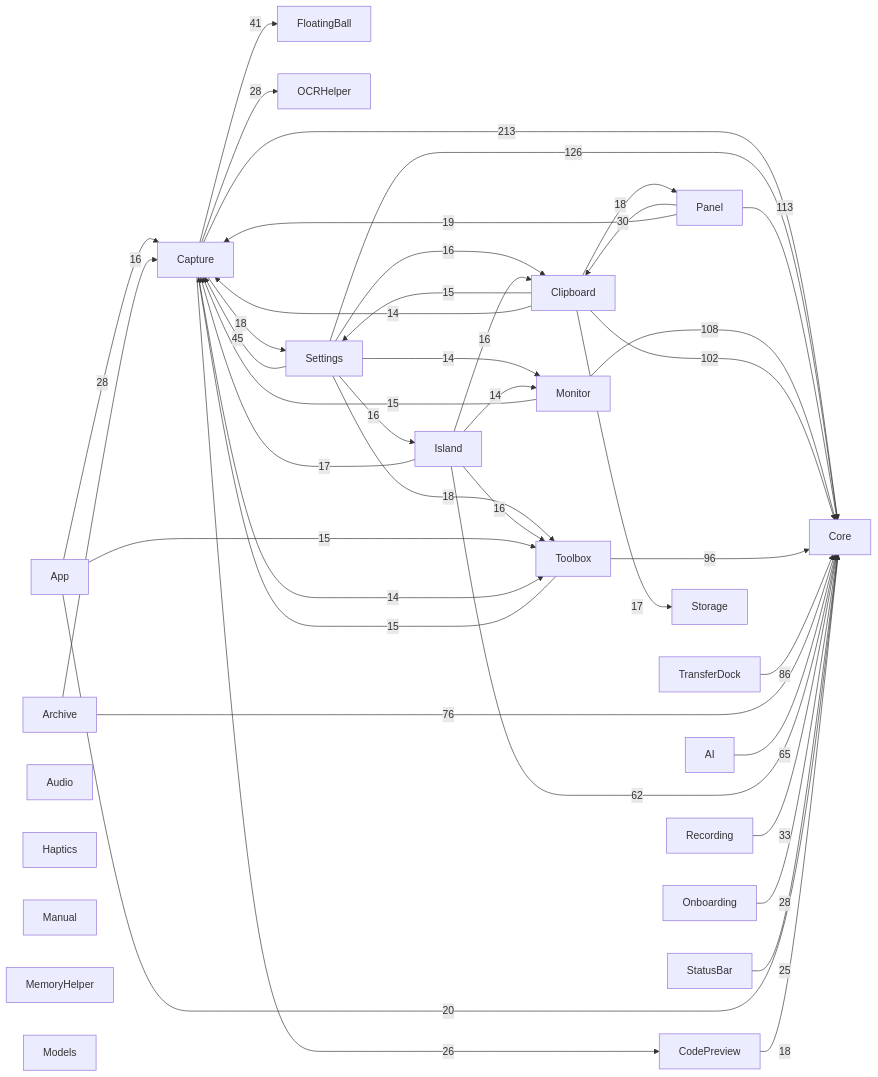
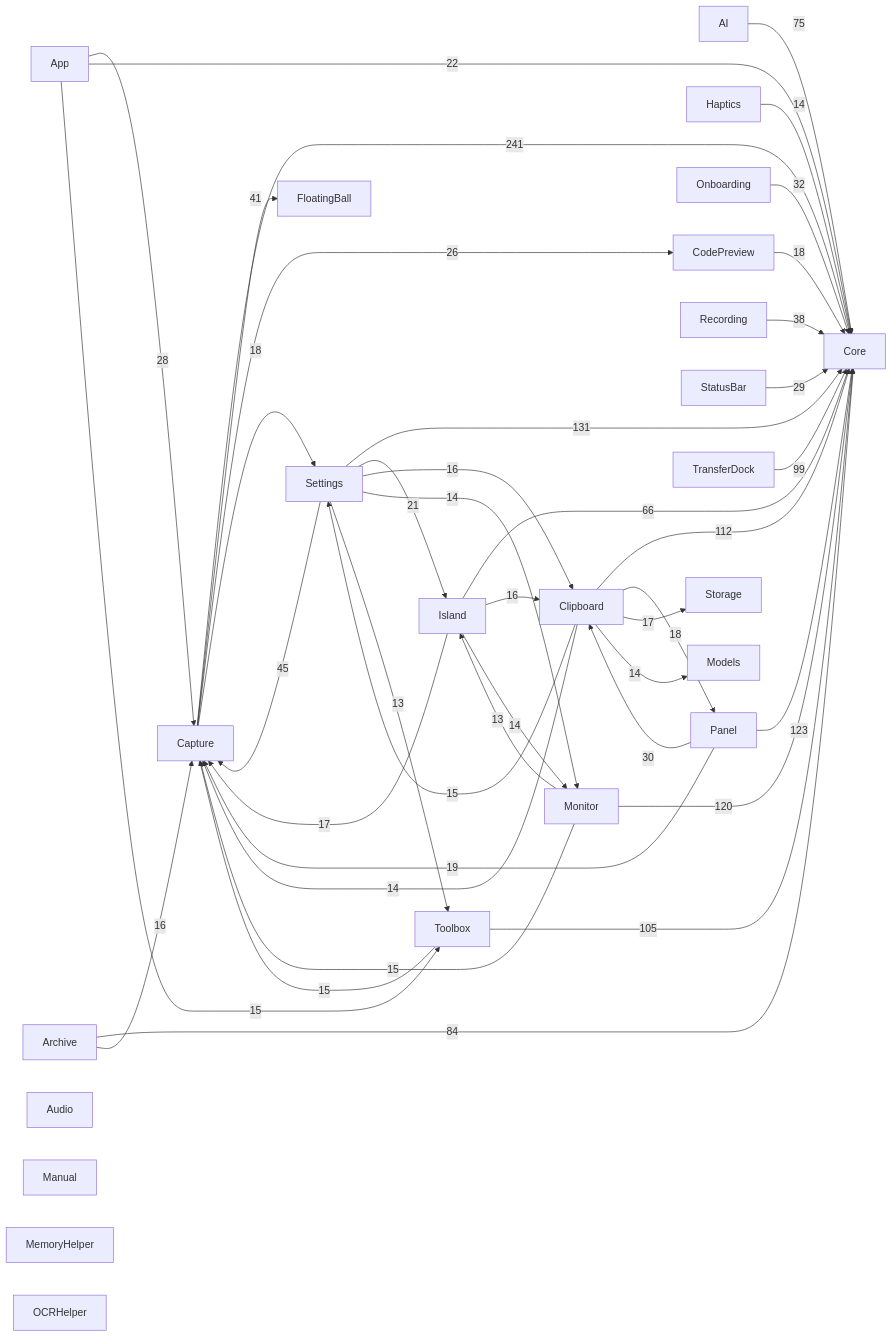
Before and after one commit to sxyq/Kitnest: the diagram in docs/00-总览/模块依赖图.md, drawn with Mermaid. The commit also changed other lines of this file and 6 other files, not shown here.

````diff
--- a/docs/00-总览/模块依赖图.md
+++ b/docs/00-总览/模块依赖图.md
@@ -38,67 +38,67 @@
 ```mermaid
 flowchart LR
   M0["AI"]
   M1["App"]
   M2["Archive"]
   M3["Audio"]
   M4["Capture"]
   M5["Clipboard"]
   M6["CodePreview"]
   M7["Core"]
   M8["FloatingBall"]
   M9["Haptics"]
   M10["Island"]
   M11["Manual"]
   M12["MemoryHelper"]
   M13["Models"]
   M14["Monitor"]
   M15["OCRHelper"]
   M16["Onboarding"]
   M17["Panel"]
   M18["Recording"]
   M19["Settings"]
   M20["StatusBar"]
   M21["Storage"]
   M22["Toolbox"]
   M23["TransferDock"]
-  M4 -->|213| M7
-  M19 -->|126| M7
-  M17 -->|113| M7
-  M14 -->|108| M7
-  M5 -->|102| M7
-  M22 -->|96| M7
-  M23 -->|86| M7
-  M2 -->|76| M7
-  M0 -->|65| M7
-  M10 -->|62| M7
+  M4 -->|241| M7
+  M19 -->|131| M7
+  M17 -->|123| M7
+  M14 -->|120| M7
+  M5 -->|112| M7
+  M22 -->|105| M7
+  M23 -->|99| M7
+  M2 -->|84| M7
+  M0 -->|75| M7
+  M10 -->|66| M7
   M19 -->|45| M4
   M4 -->|41| M8
-  M18 -->|33| M7
+  M18 -->|38| M7
+  M16 -->|32| M7
   M17 -->|30| M5
+  M20 -->|29| M7
   M1 -->|28| M4
-  M4 -->|28| M15
-  M16 -->|28| M7
   M4 -->|26| M6
-  M20 -->|25| M7
-  M1 -->|20| M7
+  M1 -->|22| M7
+  M19 -->|21| M10
   M17 -->|19| M4
-  M19 -->|18| M22
   M4 -->|18| M19
+  M5 -->|18| M17
   M6 -->|18| M7
-  M5 -->|18| M17
+  M5 -->|17| M21
   M10 -->|17| M4
-  M5 -->|17| M21
-  M19 -->|16| M5
-  M19 -->|16| M10
   M2 -->|16| M4
   M10 -->|16| M5
-  M10 -->|16| M22
+  M19 -->|16| M5
   M1 -->|15| M22
+  M5 -->|15| M19
   M14 -->|15| M4
   M22 -->|15| M4
-  M5 -->|15| M19
+  M5 -->|14| M13
+  M5 -->|14| M4
+  M9 -->|14| M7
+  M10 -->|14| M14
   M19 -->|14| M14
-  M4 -->|14| M22
-  M10 -->|14| M14
-  M5 -->|14| M4
+  M14 -->|13| M10
+  M19 -->|13| M22
 ```
````
